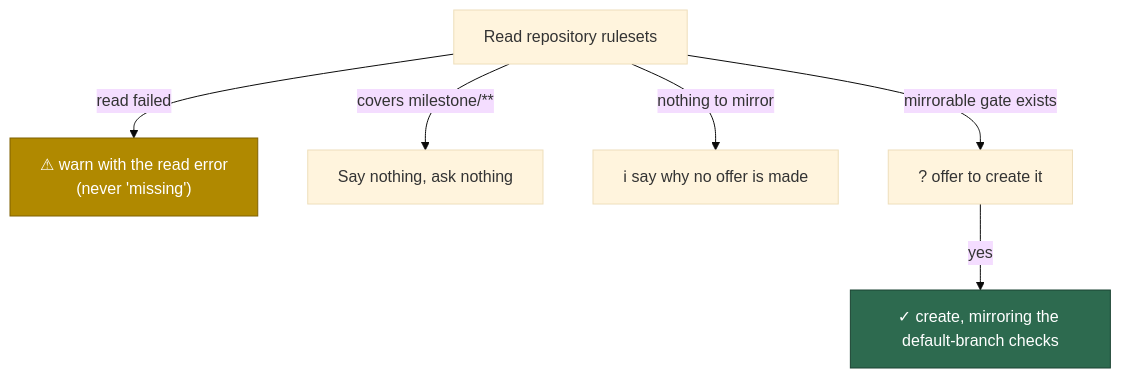
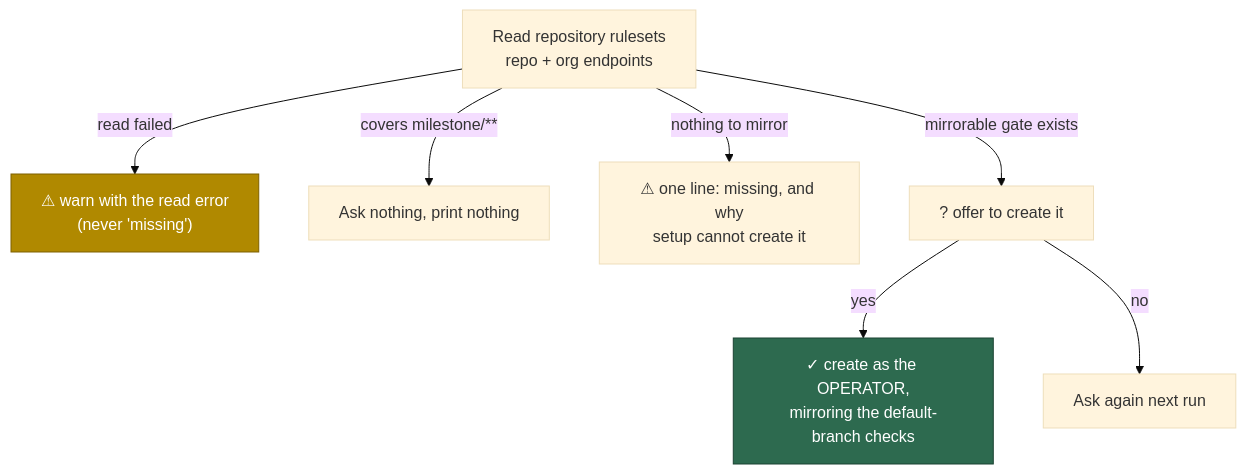
The diagram in docs/archive/pr-summaries/pr-summary-678.md (stSoftwareAU/VibeCoder), drawn with Mermaid (base theme) before and after one commit. The commit also changed other lines of this file, not shown here.

````diff
--- a/docs/archive/pr-summaries/pr-summary-678.md
+++ b/docs/archive/pr-summaries/pr-summary-678.md
@@ -37,10 +50,11 @@
 ```mermaid
 flowchart TD
-    R[Read repository rulesets] -->|read failed| W["⚠ warn with the read error<br/>(never 'missing')"]
-    R -->|covers milestone/**| Q[Say nothing, ask nothing]
-    R -->|nothing to mirror| E["ℹ say why no offer is made"]
+    R[Read repository rulesets<br/>repo + org endpoints] -->|read failed| W["⚠ warn with the read error<br/>(never 'missing')"]
+    R -->|covers milestone/**| Q[Ask nothing, print nothing]
+    R -->|nothing to mirror| E["⚠ one line: missing, and why<br/>setup cannot create it"]
     R -->|mirrorable gate exists| A["? offer to create it"]
-    A -->|yes| C["✓ create, mirroring the default-branch checks"]
+    A -->|yes| C["✓ create as the OPERATOR,<br/>mirroring the default-branch checks"]
+    A -->|no| K[Ask again next run]
     style W fill:#b08900,stroke:#7f6000,color:#fff
     style C fill:#2d6a4f,stroke:#1b4332,color:#fff
 ```
````
